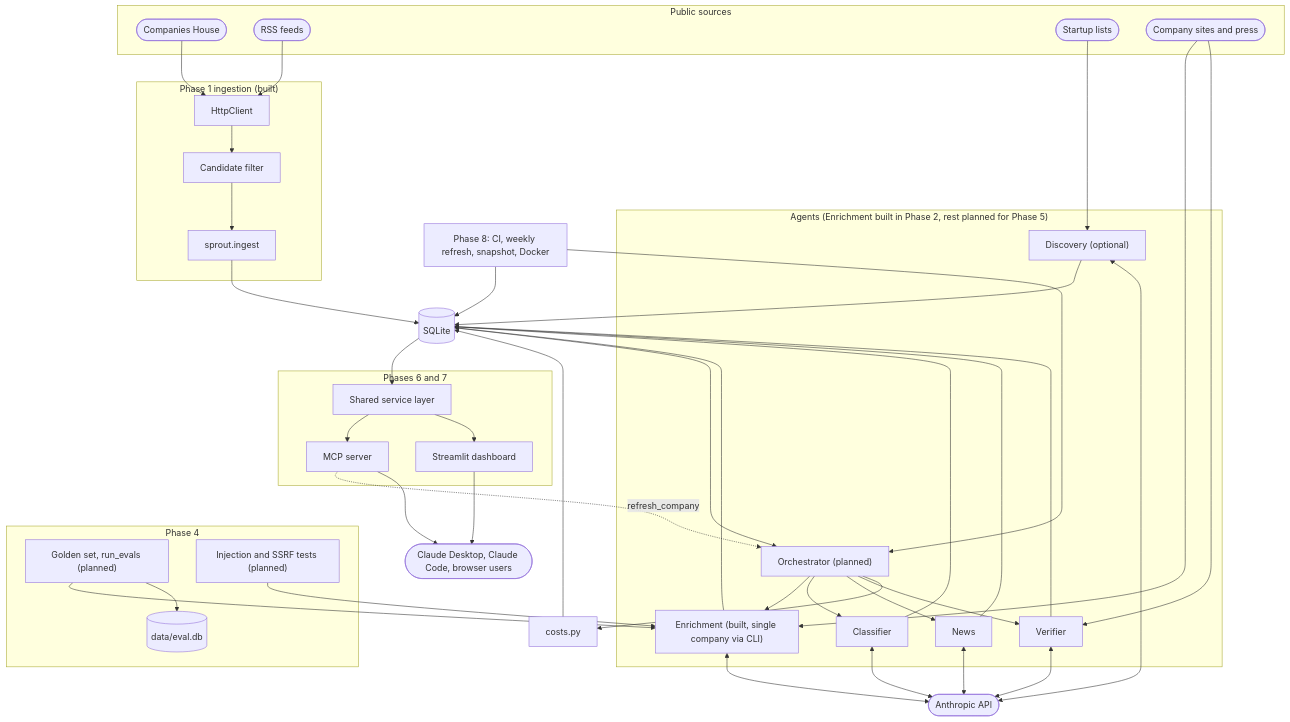
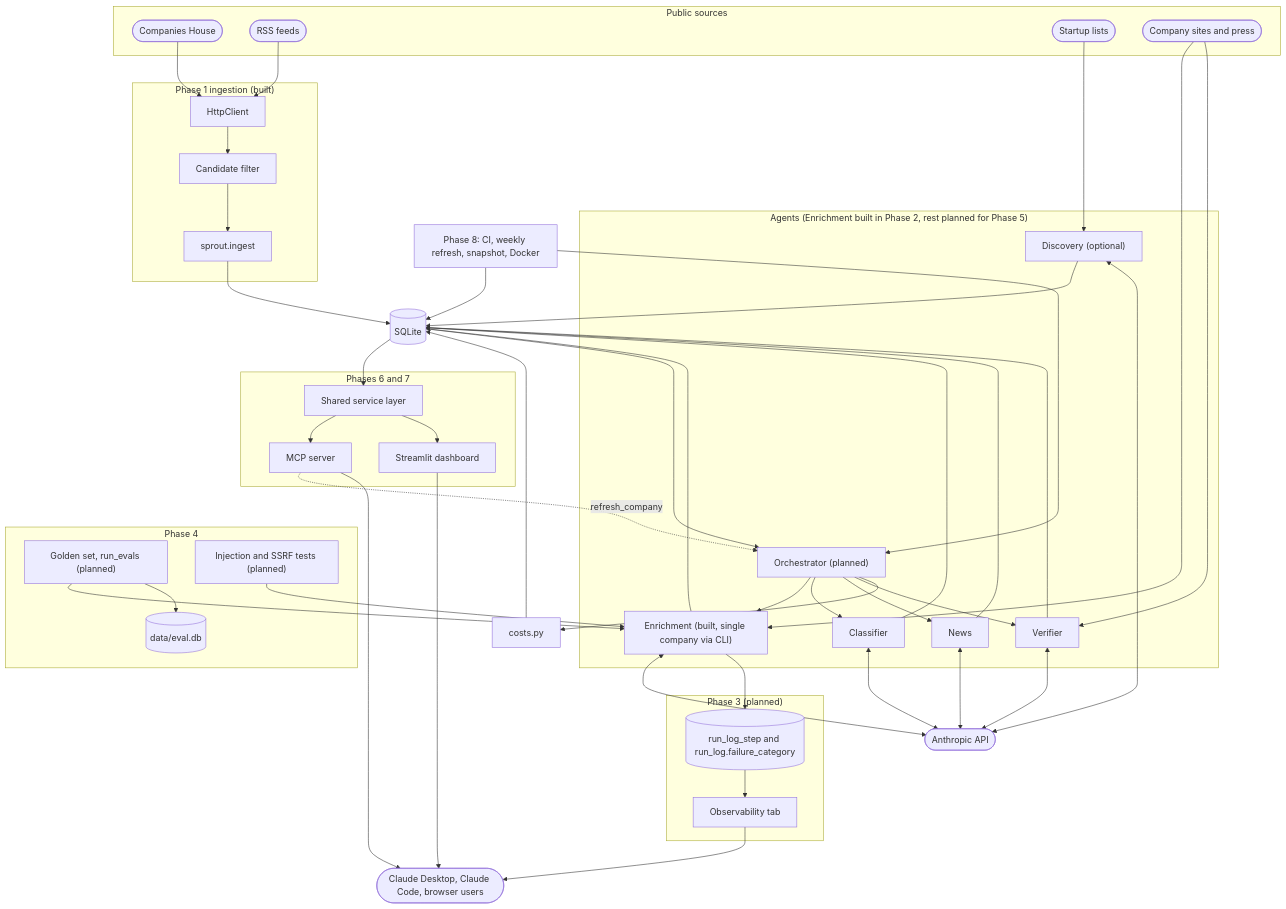
The tenth of 14 diagrams in docs/architecture.md (Farzaanee/sprout), drawn with Mermaid before and after one commit. The commit also changed other lines of this file and 1 other file, not shown here.

Commit message:
update architecture.md for phase 3 - Observability

````diff
--- a/docs/architecture.md
+++ b/docs/architecture.md
@@ -378,73 +410,80 @@
 ```mermaid
 flowchart TB
     subgraph SOURCES["Public sources"]
         CH(["Companies House"])
         RSSF(["RSS feeds"])
         LISTS(["Startup lists"])
         SITES(["Company sites and press"])
     end
     subgraph ING["Phase 1 ingestion (built)"]
         HTTPL["HttpClient"]
         CAND["Candidate filter"]
         INGEST["sprout.ingest"]
     end
     SQL[("SQLite")]
     subgraph PIPE["Agents (Enrichment built in Phase 2, rest planned for Phase 5)"]
         ORCH["Orchestrator (planned)"]
         ENR["Enrichment (built, single company via CLI)"]
         CLS["Classifier"]
         NEWS["News"]
         VER["Verifier"]
         DISC["Discovery (optional)"]
     end
     LLM(["Anthropic API"])
     COST["costs.py"]
     subgraph SERVE["Phases 6 and 7"]
         SVC["Shared service layer"]
         MCP["MCP server"]
         DASH["Streamlit dashboard"]
     end
     subgraph QA["Phase 4"]
         EVALS["Golden set, run_evals (planned)"]
         EDB[("data/eval.db")]
         GUARDS["Injection and SSRF tests (planned)"]
     end
+    subgraph OBSG["Phase 3 (planned)"]
+        STEPS[("run_log_step and run_log.failure_category")]
+        OBSUI["Observability tab"]
+    end
     CLIENTS(["Claude Desktop, Claude Code, browser users"])
     AUTO["Phase 8: CI, weekly refresh, snapshot, Docker"]
     CH --> HTTPL
     RSSF --> HTTPL
     HTTPL --> CAND
     CAND --> INGEST
     INGEST --> SQL
     SQL --> ORCH
     ORCH --> ENR
     ORCH --> CLS
     ORCH --> NEWS
     ORCH --> VER
     DISC --> SQL
     LISTS --> DISC
     SITES --> ENR
     SITES --> VER
     ENR <--> LLM
     CLS <--> LLM
     NEWS <--> LLM
     VER <--> LLM
     DISC <--> LLM
     ENR --> SQL
     CLS --> SQL
     NEWS --> SQL
     VER --> SQL
     ORCH --> COST
     COST --> SQL
     SQL --> SVC
     SVC --> MCP
     SVC --> DASH
     MCP -. "refresh_company" .-> ORCH
     MCP --> CLIENTS
     DASH --> CLIENTS
+    ENR --> STEPS
+    STEPS --> OBSUI
+    OBSUI --> CLIENTS
     EVALS --> ENR
     EVALS --> EDB
     GUARDS --> ENR
     AUTO --> ORCH
     AUTO --> SQL
 ```
````
